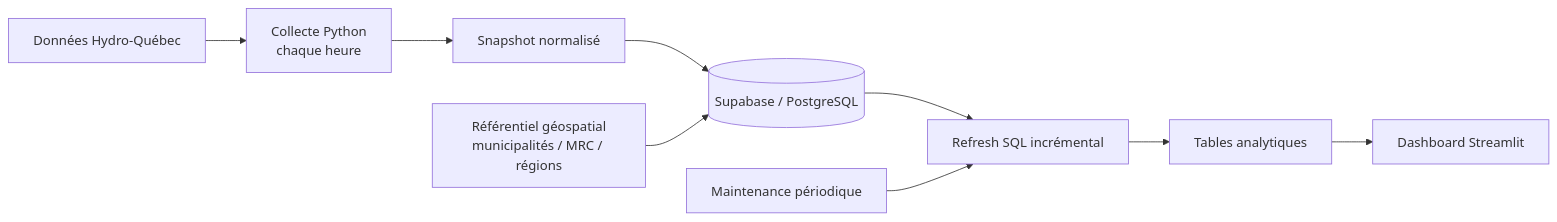
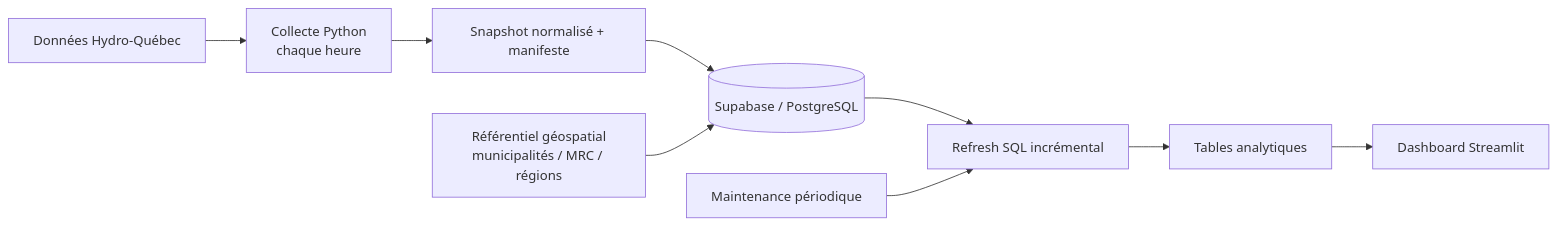
One commit to YannickBoily/ProjetHydro changed the diagram in README.md. Above: the diagram before and after it, drawn with Mermaid. The commit also changed other lines of this file, not shown here.

````diff
--- a/README.md
+++ b/README.md
@@ -11,11 +11,11 @@
 ```mermaid
 flowchart LR
     A[Données Hydro-Québec] --> B[Collecte Python<br/>chaque heure]
-    B --> C[Snapshot normalisé]
+    B --> C[Snapshot normalisé + manifeste]
     C --> D[(Supabase / PostgreSQL)]
     D --> E[Refresh SQL incrémental]
     E --> F[Tables analytiques]
     F --> G[Dashboard Streamlit]
     H[Référentiel géospatial<br/>municipalités / MRC / régions] --> D
     I[Maintenance périodique] --> E
 ```
````
